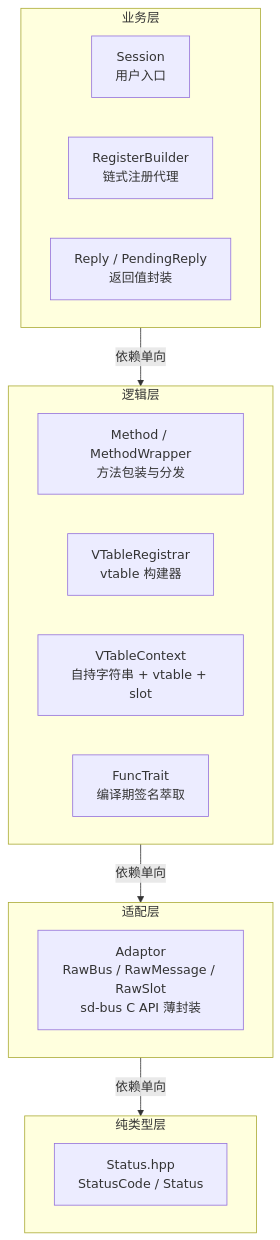
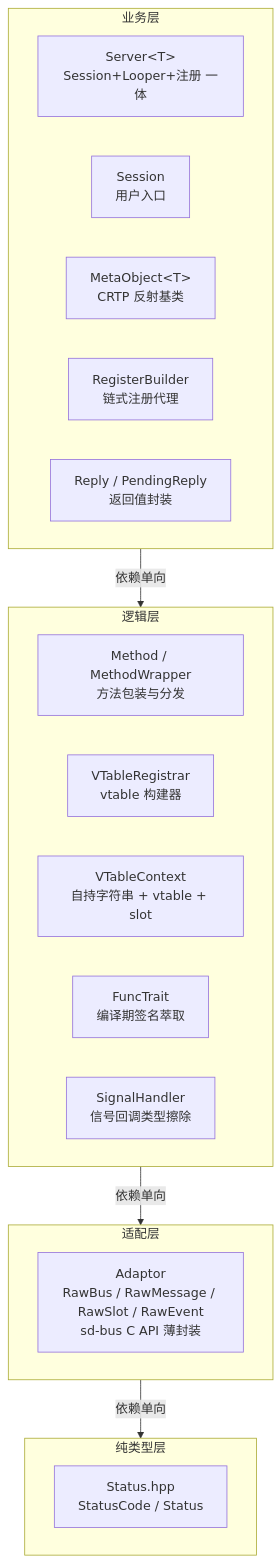
Before and after one commit to soul-science/dbusxx: the first of 2 diagrams in plan.md, drawn with Mermaid. The commit also changed other lines of this file and 32 other files, not shown here.

````diff
--- a/plan.md
+++ b/plan.md
@@ -137,27 +144,30 @@
 ```mermaid
 graph TD
     subgraph 业务层["业务层"]
+        Server["Server&lt;T&gt;<br/>Session+Looper+注册 一体"]
         Session["Session<br/>用户入口"]
+        MetaObject["MetaObject&lt;T&gt;<br/>CRTP 反射基类"]
         RegisterBuilder["RegisterBuilder<br/>链式注册代理"]
         Reply["Reply / PendingReply<br/>返回值封装"]
     end
 
     subgraph 逻辑层["逻辑层"]
         Method["Method / MethodWrapper<br/>方法包装与分发"]
         VTableRegistrar["VTableRegistrar<br/>vtable 构建器"]
         VTableContext["VTableContext<br/>自持字符串 + vtable + slot"]
         FuncTrait["FuncTrait<br/>编译期签名萃取"]
+        SignalHandler["SignalHandler<br/>信号回调类型擦除"]
     end
 
     subgraph 适配层["适配层"]
-        Adaptor["Adaptor<br/>RawBus / RawMessage / RawSlot<br/>sd-bus C API 薄封装"]
+        Adaptor["Adaptor<br/>RawBus / RawMessage / RawSlot / RawEvent<br/>sd-bus C API 薄封装"]
     end
 
     subgraph 纯类型层["纯类型层"]
         Status["Status.hpp<br/>StatusCode / Status"]
     end
 
     业务层 -->|依赖单向| 逻辑层
     逻辑层 -->|依赖单向| 适配层
     适配层 -->|依赖单向| 纯类型层
 ```
````
